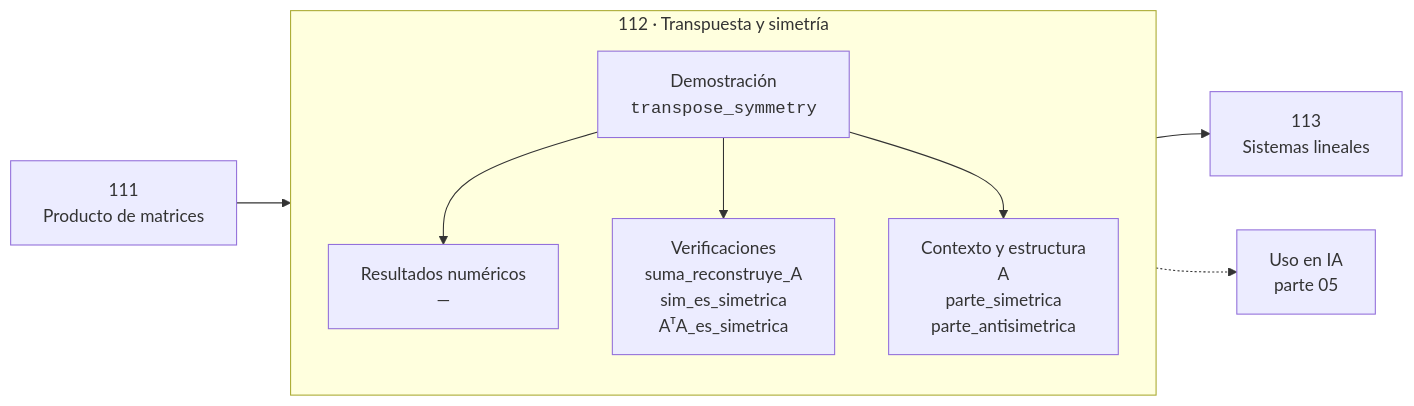
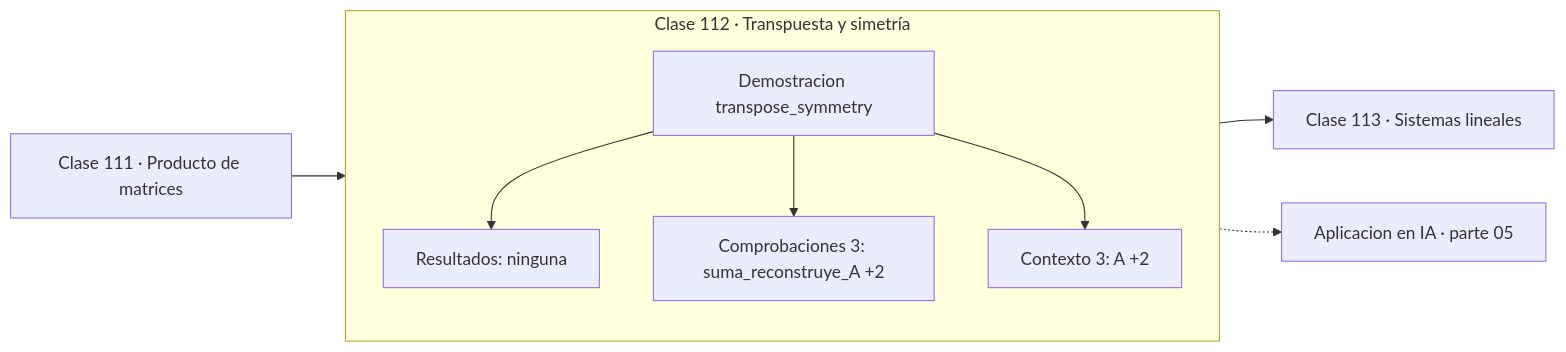
Before and after one commit to vladimiracunadev-create/computational-mathematics-program: the diagram in classes/part-05-algebra-lineal-i-vectores-y-matrices/112-transpuesta-y-simetria/README.md, drawn with Mermaid. The commit also changed 389 other files, not shown here.

First line of the commit message:
fix(diagramas): elimina el HTML de las etiquetas Mermaid

````diff
--- a/classes/part-05-algebra-lineal-i-vectores-y-matrices/112-transpuesta-y-simetria/README.md
+++ b/classes/part-05-algebra-lineal-i-vectores-y-matrices/112-transpuesta-y-simetria/README.md
@@ -30,12 +30,13 @@
 ```mermaid
 flowchart LR
-    P["111<br/>Producto de matrices"] --> C
-    subgraph C["112 · Transpuesta y simetría"]
+    P["Clase 111 · Producto de matrices"] --> D
+    subgraph CLASE["Clase 112 · Transpuesta y simetría"]
         direction TB
-        D["Demostración<br/><code>transpose_symmetry</code>"] --> R["Resultados numéricos<br/>—"]
-        D --> V["Verificaciones<br/>suma_reconstruye_A<br/>sim_es_simetrica<br/>AᵀA_es_simetrica"]
-        D --> O["Contexto y estructura<br/>A<br/>parte_simetrica<br/>parte_antisimetrica"]
+        D["Demostracion transpose_symmetry"]
+        D --> R["Resultados: ninguna"]
+        D --> V["Comprobaciones 3: suma_reconstruye_A +2"]
+        D --> O["Contexto 3: A +2"]
     end
-    C --> N["113<br/>Sistemas lineales"]
-    C -.-> IA["Uso en IA<br/>parte 05"]
+    R --> N["Clase 113 · Sistemas lineales"]
+    V -.-> IA["Aplicacion en IA · parte 05"]
 ```
````
